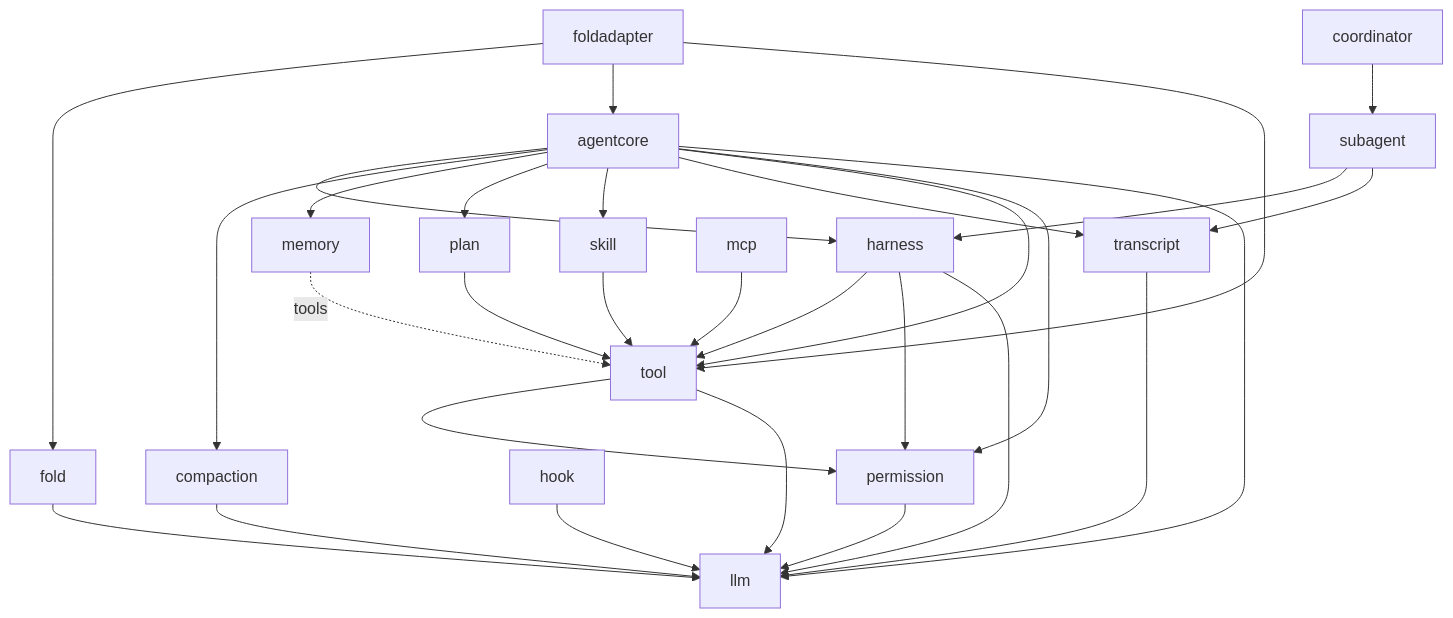
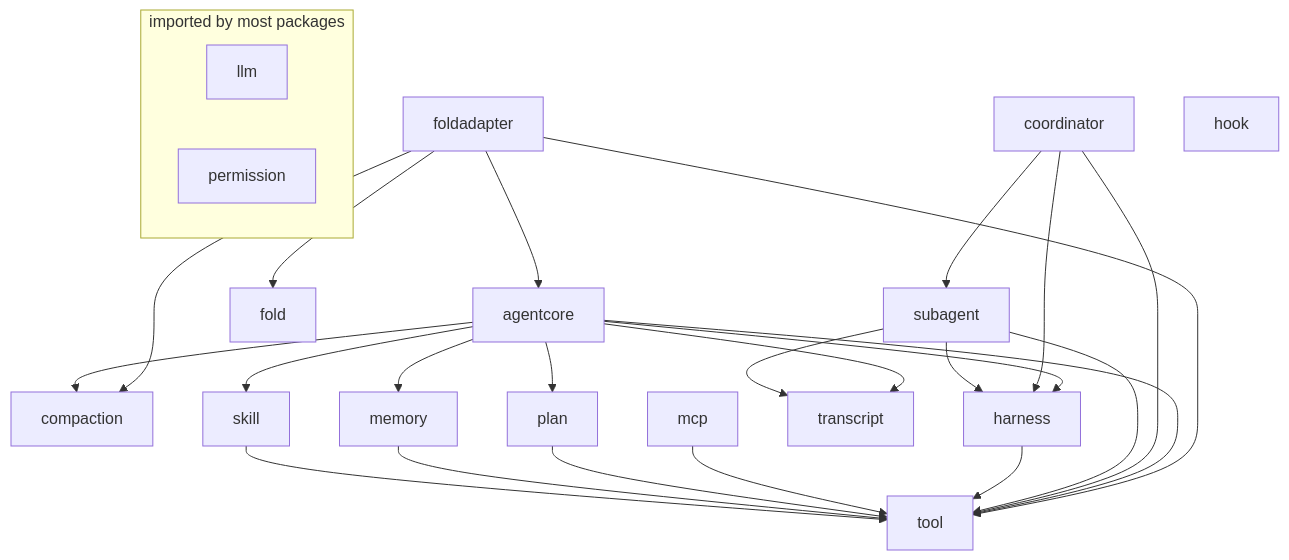
The second of 8 diagrams in docs/ARCHITECTURE.md (0xmanhnv/Norma), drawn with Mermaid before and after one commit. The commit also changed other lines of this file and 15 other files, not shown here.

````diff
--- a/docs/ARCHITECTURE.md
+++ b/docs/ARCHITECTURE.md
@@ -86,37 +92,34 @@
 ```mermaid
 flowchart TD
+    foldadapter --> agentcore
+    foldadapter --> compaction
+    foldadapter --> fold
+    foldadapter --> tool
+
     agentcore --> harness
     agentcore --> compaction
+    agentcore --> plan
     agentcore --> memory
-    agentcore --> plan
     agentcore --> skill
     agentcore --> transcript
     agentcore --> tool
-    agentcore --> permission
-    agentcore --> llm
+
+    coordinator --> subagent
+    coordinator --> harness
+    coordinator --> tool
+    subagent --> harness
+    subagent --> transcript
+    subagent --> tool
 
     harness --> tool
-    harness --> permission
-    harness --> llm
+    mcp --> tool
+    plan --> tool
+    memory --> tool
+    skill --> tool
 
-    tool --> permission
-    tool --> llm
-
-    subagent --> harness
-    subagent --> transcript
-    coordinator --> subagent
-    mcp --> tool
-    skill --> tool
-    plan --> tool
-    memory -.tools.-> tool
-    hook --> llm
-
-    foldadapter --> fold
-    foldadapter --> agentcore
-    foldadapter --> tool
-    fold --> llm
-
-    permission --> llm
-    compaction --> llm
-    transcript --> llm
+    hook
+    subgraph Leaves["imported by most packages"]
+        llm
+        permission
+    end
 ```
````
